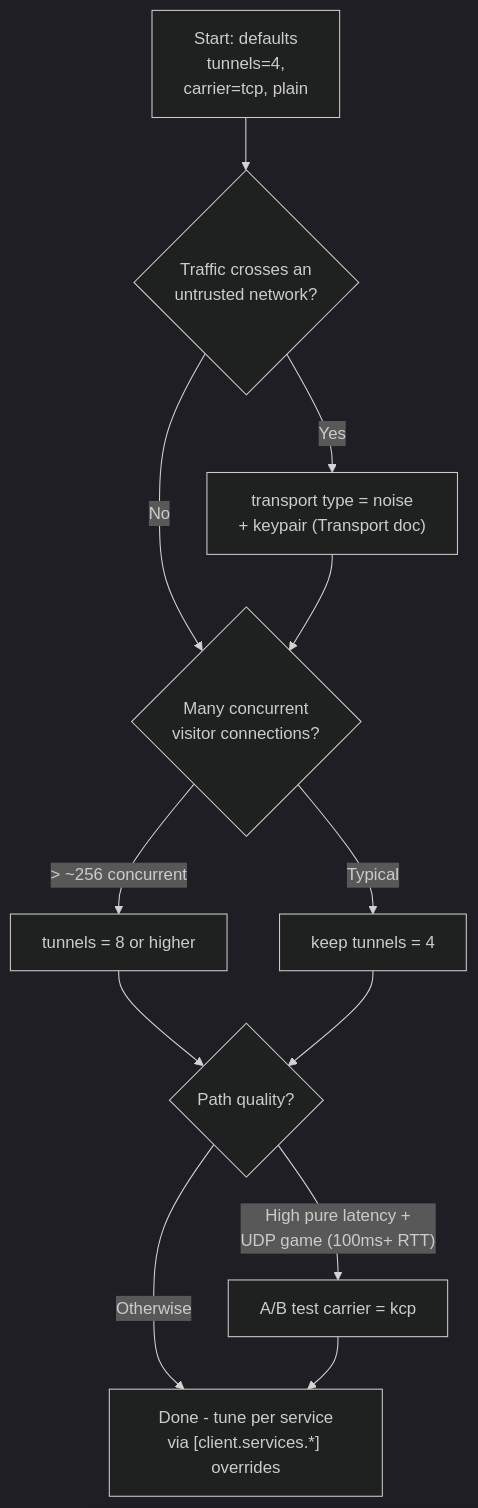
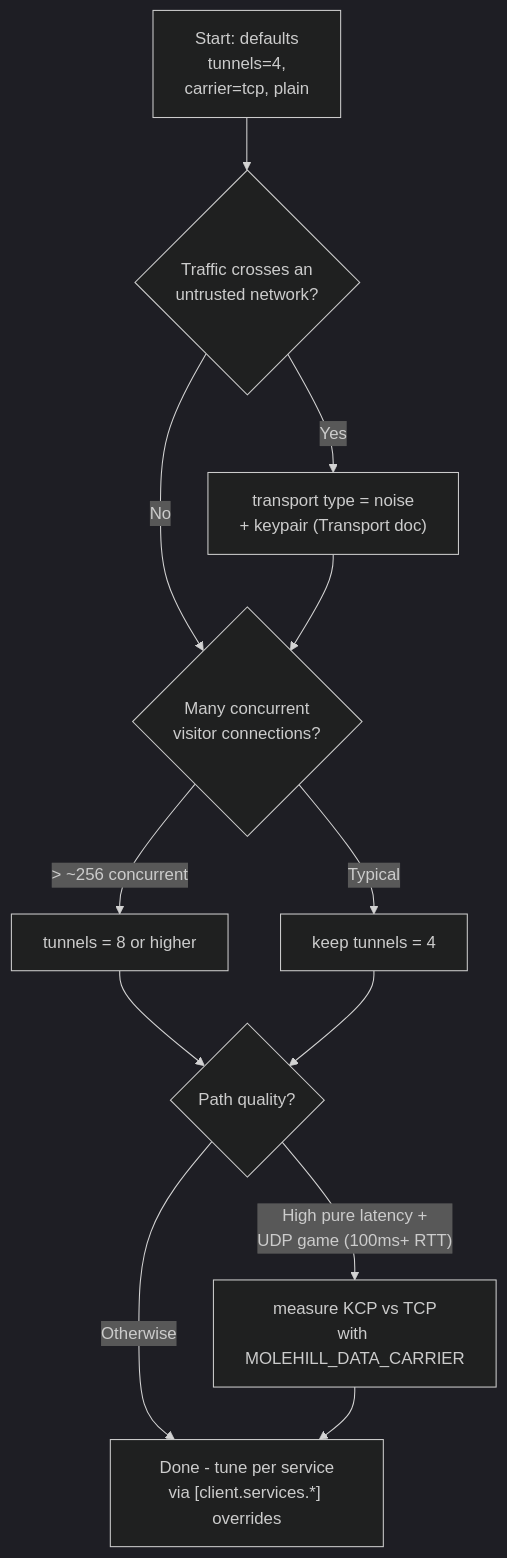
The diagram in docs/configuration.md (NIyueeE/molehill), drawn with Mermaid (dark theme) before and after one commit. The commit also changed other lines of this file and 48 other files, not shown here.

````diff
--- a/docs/configuration.md
+++ b/docs/configuration.md
@@ -160,14 +160,14 @@
 ```mermaid
 flowchart TD
     A["Start: defaults<br/>tunnels=4,<br/>carrier=tcp, plain"] --> B{"Traffic crosses an<br/>untrusted network?"}
     B -- Yes --> C["transport type = noise<br/>+ keypair (Transport doc)"]
     B -- No --> D{"Many concurrent<br/>visitor connections?"}
     C --> D
     D -- "> ~256 concurrent" --> G["tunnels = 8 or higher"]
     D -- Typical --> H["keep tunnels = 4"]
     G --> I{"Path quality?"}
     H --> I
-    I -- "High pure latency +<br/>UDP game (100ms+ RTT)" --> J["A/B test carrier = kcp"]
+    I -- "High pure latency +<br/>UDP game (100ms+ RTT)" --> J["measure KCP vs TCP<br/>with MOLEHILL_DATA_CARRIER"]
     I -- Otherwise --> Z["Done - tune per service<br/>via [client.services.*] overrides"]
     J --> Z
 ```
````
